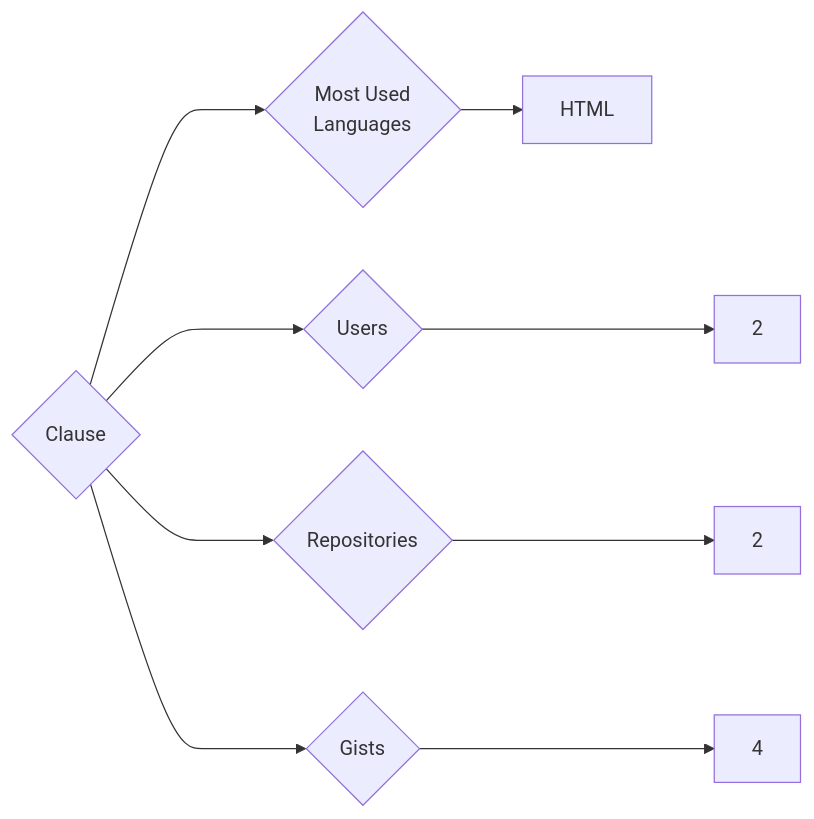
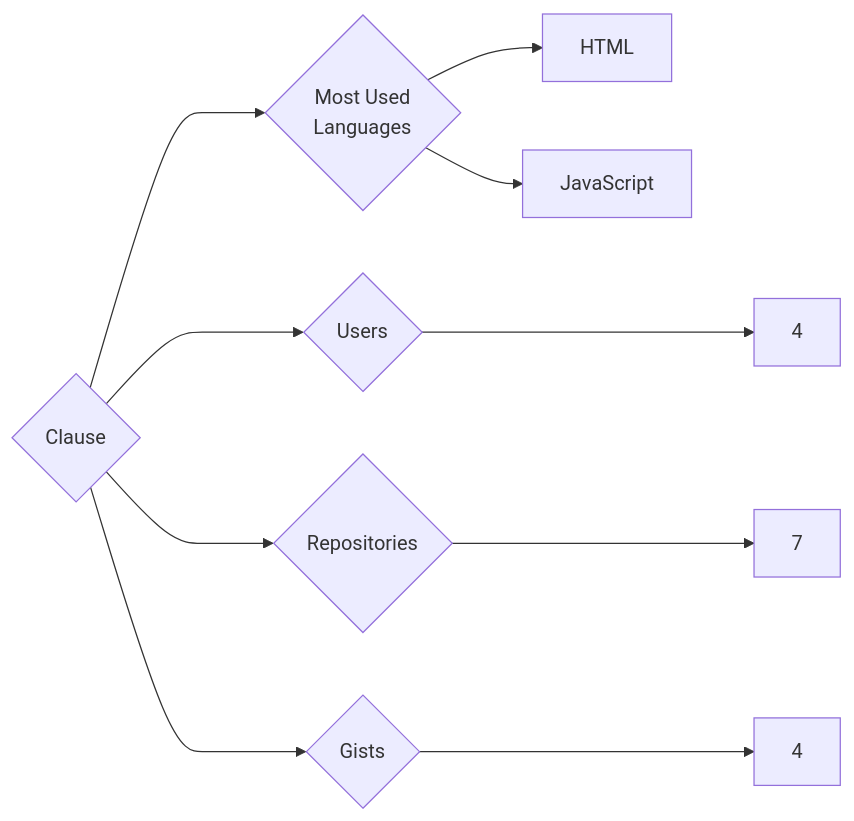
One commit to trickest/insiders changed the diagram in targets/Clause/README.md. Above: the diagram before and after it, drawn with Mermaid. The commit also changed 1149 other files, not shown here.

````diff
--- a/targets/Clause/README.md
+++ b/targets/Clause/README.md
@@ -3,9 +3,10 @@
 ```mermaid
 graph LR
 COMPANY_NAME{Clause}
-COMPANY_NAME ---> U{Users} ---> UN[2]
-COMPANY_NAME ---> R{Repositories} ---> RN[2]
+COMPANY_NAME ---> U{Users} ---> UN[4]
+COMPANY_NAME ---> R{Repositories} ---> RN[7]
 COMPANY_NAME ---> G{Gists} ---> GN[4]
 COMPANY_NAME ---> ML{Most Used<br>Languages}
 ML --> HTML[HTML]
+ML --> JavaScript[JavaScript]
 ```
````
